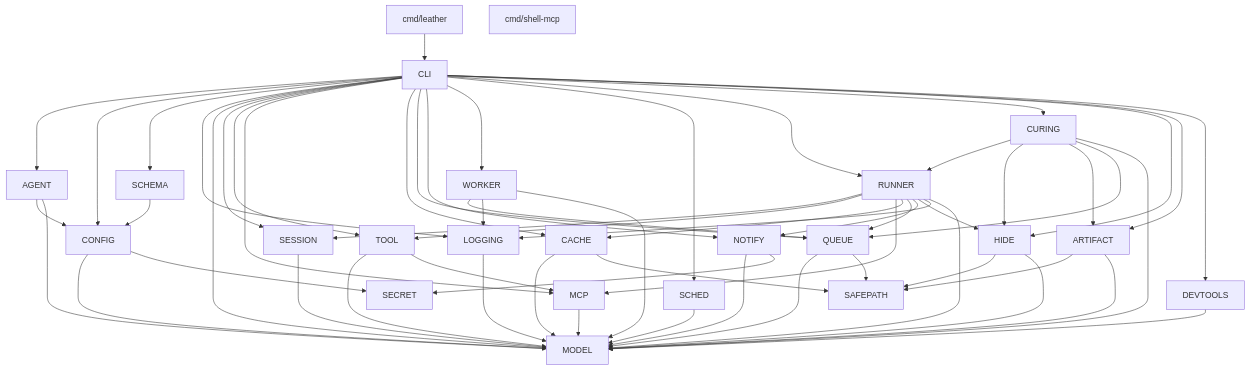
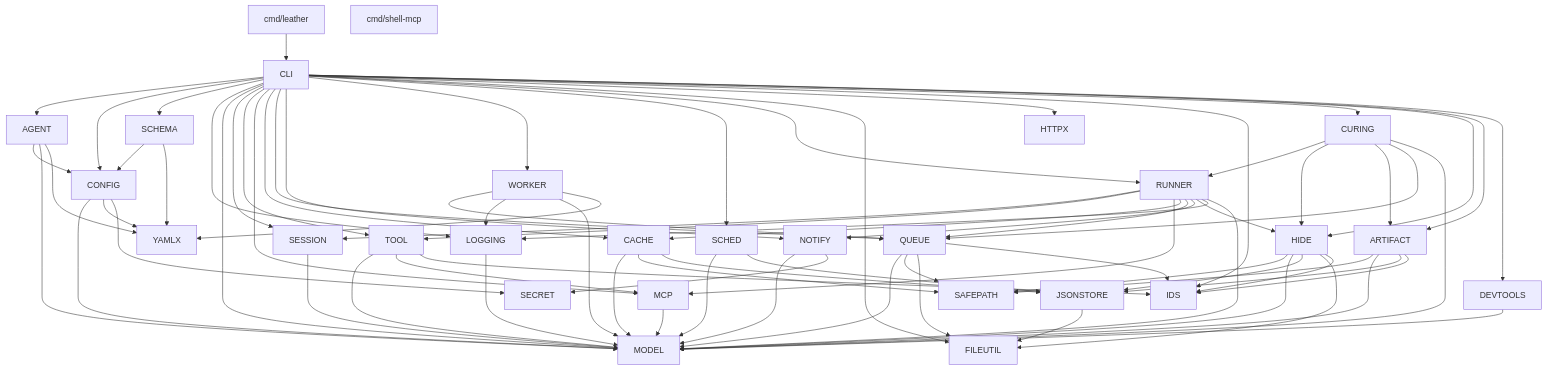
One commit to TGPSKI/leather changed the first of 3 diagrams in docs/ARCHITECTURE.md. Above: the diagram before and after it, drawn with Mermaid. The commit also changed other lines of this file and 37 other files, not shown here.

````diff
--- a/docs/ARCHITECTURE.md
+++ b/docs/ARCHITECTURE.md
@@ -42,64 +47,82 @@
 ```mermaid
 graph TD
         CMD[cmd/leather] --> CLI
         SHELL[cmd/shell-mcp]
 
         CLI --> AGENT
         CLI --> CONFIG
         CLI --> SCHEMA
         CLI --> LOGGING
         CLI --> MODEL
         CLI --> SESSION
         CLI --> TOOL
         CLI --> MCP
         CLI --> CACHE
         CLI --> QUEUE
         CLI --> NOTIFY
         CLI --> WORKER
         CLI --> SCHED
         CLI --> RUNNER
 
         AGENT --> CONFIG
         AGENT --> MODEL
         SCHEMA --> CONFIG
         CONFIG --> MODEL
         LOGGING --> MODEL
         SESSION --> MODEL
         TOOL --> MODEL
         TOOL --> MCP
         MCP --> MODEL
         CACHE --> MODEL
         QUEUE --> MODEL
         NOTIFY --> MODEL
         WORKER --> QUEUE
         WORKER --> LOGGING
         WORKER --> MODEL
         SCHED --> MODEL
         RUNNER --> SESSION
         RUNNER --> TOOL
         RUNNER --> MCP
         RUNNER --> CACHE
         RUNNER --> QUEUE
         RUNNER --> NOTIFY
         RUNNER --> HIDE
         RUNNER --> LOGGING
         RUNNER --> MODEL
         CURING --> RUNNER
         CURING --> HIDE
         CURING --> ARTIFACT
         CURING --> QUEUE
         CURING --> MODEL
         HIDE --> SAFEPATH
         HIDE --> MODEL
         ARTIFACT --> SAFEPATH
         ARTIFACT --> MODEL
         QUEUE --> SAFEPATH
         CACHE --> SAFEPATH
+        CACHE --> JSONSTORE
+        ARTIFACT --> JSONSTORE
+        HIDE --> JSONSTORE
+        SCHED --> JSONSTORE
+        JSONSTORE --> FILEUTIL
+        QUEUE --> FILEUTIL
+        HIDE --> FILEUTIL
+        CLI --> FILEUTIL
+        CLI --> HTTPX
+        AGENT --> YAMLX
+        CONFIG --> YAMLX
+        SCHEMA --> YAMLX
+        WORKER --> YAMLX
+        TOOL --> IDS
+        HIDE --> IDS
+        QUEUE --> IDS
+        ARTIFACT --> IDS
+        CLI --> IDS
         NOTIFY --> SECRET
         CONFIG --> SECRET
         CLI --> CURING
         CLI --> HIDE
         CLI --> ARTIFACT
         CLI --> DEVTOOLS
         DEVTOOLS --> MODEL
 ```
````
